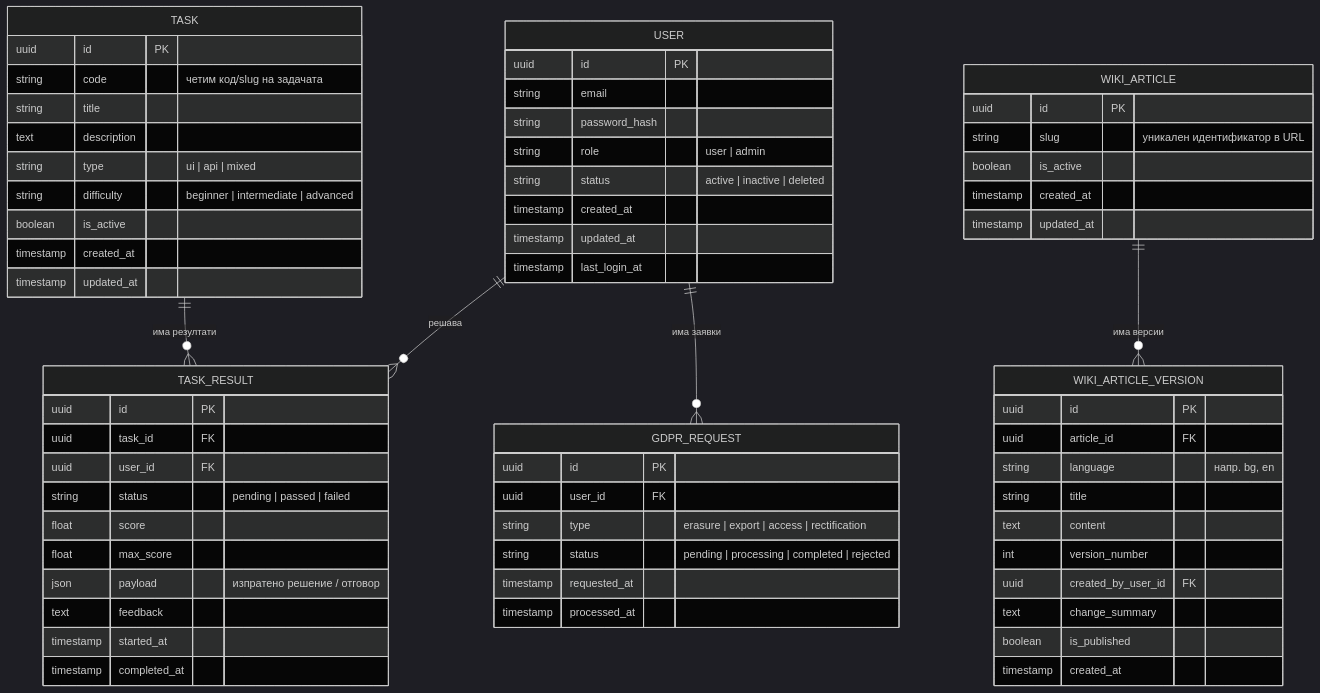
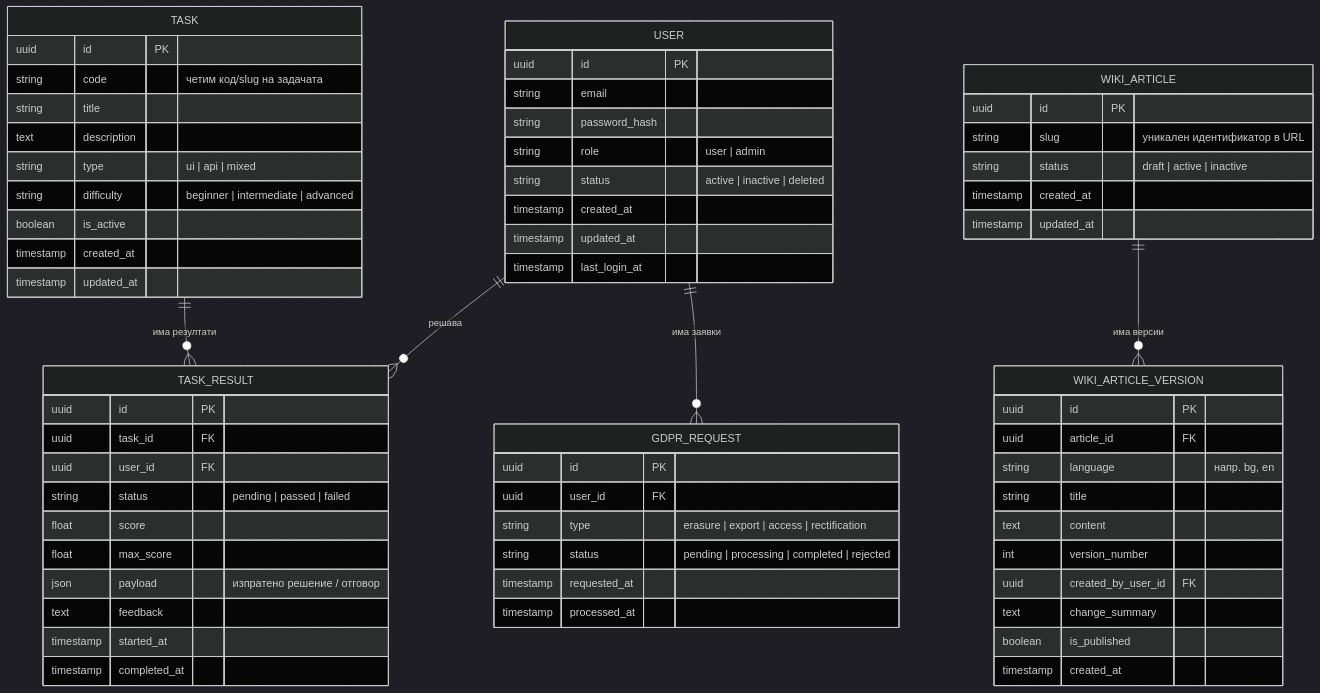
Before and after one commit to ivan-markov-666/beelms: the diagram in docs/architecture/db-model.md, drawn with Mermaid (dark theme). The commit also changed other lines of this file and 30 other files, not shown here.

````diff
--- a/docs/architecture/db-model.md
+++ b/docs/architecture/db-model.md
@@ -27,75 +27,75 @@
 ```mermaid
 erDiagram
     USER ||--o{ TASK_RESULT : "решава"
     USER ||--o{ GDPR_REQUEST : "има заявки"
 
     USER {
         uuid id PK
         string email
         string password_hash
         string role        "user | admin"
         string status      "active | inactive | deleted"
         timestamp created_at
         timestamp updated_at
         timestamp last_login_at
     }
 
     WIKI_ARTICLE ||--o{ WIKI_ARTICLE_VERSION : "има версии"
 
     WIKI_ARTICLE {
         uuid id PK
         string slug           "уникален идентификатор в URL"
-        boolean is_active
+        string status         "draft | active | inactive"
         timestamp created_at
         timestamp updated_at
     }
 
     WIKI_ARTICLE_VERSION {
         uuid id PK
         uuid article_id FK
         string language       "напр. bg, en"
         string title
         text content
         int version_number
         uuid created_by_user_id FK
         text change_summary
         boolean is_published
         timestamp created_at
     }
 
     TASK ||--o{ TASK_RESULT : "има резултати"
 
     TASK {
         uuid id PK
         string code          "четим код/slug на задачата"
         string title
         text description
         string type          "ui | api | mixed"
         string difficulty    "beginner | intermediate | advanced"
         boolean is_active
         timestamp created_at
         timestamp updated_at
     }
 
     TASK_RESULT {
         uuid id PK
         uuid task_id FK
         uuid user_id FK
         string status        "pending | passed | failed"
         float score
         float max_score
         json payload         "изпратено решение / отговор"
         text feedback
         timestamp started_at
         timestamp completed_at
     }
 
     GDPR_REQUEST {
         uuid id PK
         uuid user_id FK
         string type          "erasure | export | access | rectification"
         string status        "pending | processing | completed | rejected"
         timestamp requested_at
         timestamp processed_at
     }
 ```
````
